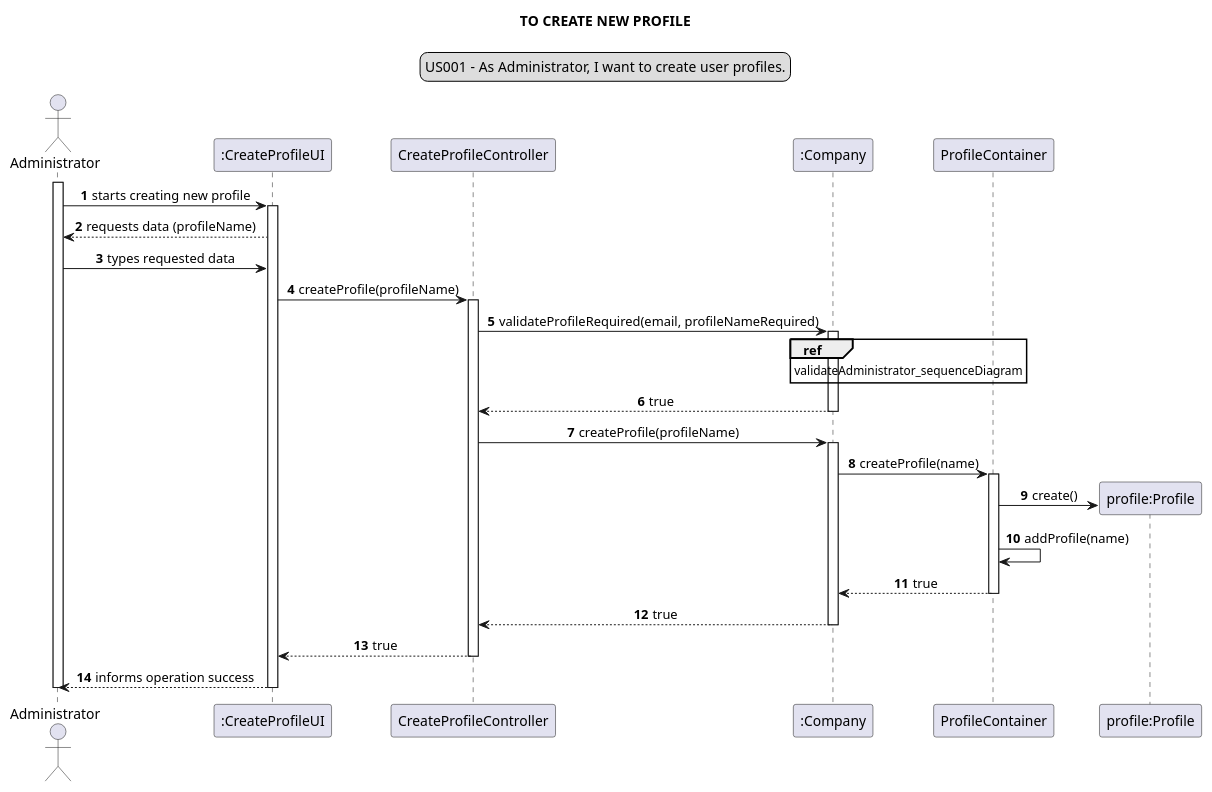
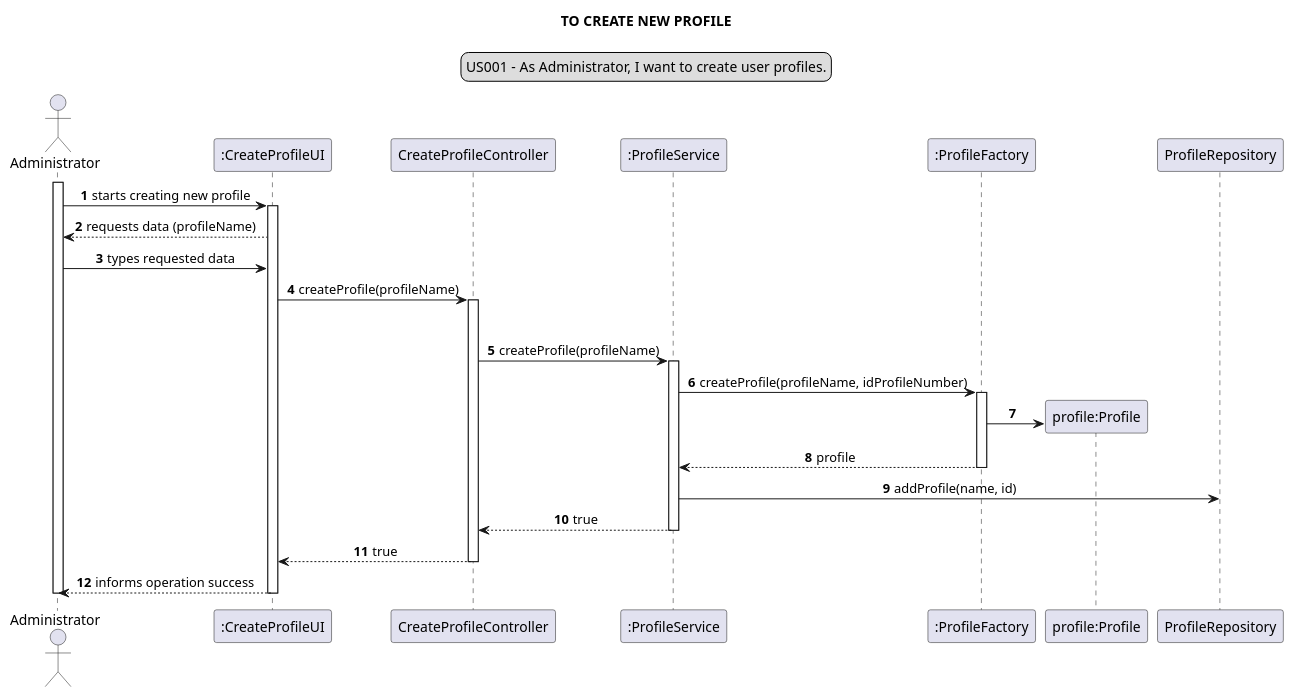
Before and after one commit to Loracline/project_switch_22-23: the diagram in docs/modelling_design/user_stories/sprint01/us001/US001_sequenceDiagram.puml, drawn with PlantUML.

Commit message:
US001: Design: Update the sequence diagrams from the user story US001, addresses #376

```diff
--- a/docs/modelling_design/user_stories/sprint01/us001/US001_sequenceDiagram.puml
+++ b/docs/modelling_design/user_stories/sprint01/us001/US001_sequenceDiagram.puml
@@ -1,48 +1,49 @@
 @startuml
-
 skinparam sequenceMessageAlign center
 title TO CREATE NEW PROFILE
 legend top
 US001 - As Administrator, I want to create user profiles.
 end legend
 autonumber
 
 
 actor Administrator as a
 participant ":CreateProfileUI" as ui
 participant "CreateProfileController" as ct
-participant ":Company" as c
-participant "ProfileContainer" as cn
-participant "profile:Profile" as p
+participant ":ProfileService" as s
+participant ":ProfileFactory" as fp
+participant "profile:Profile" as profile
+participant "ProfileRepository" as pr
+
 
 
 activate a
 a -> ui: starts creating new profile
 activate ui
 ui --> a: requests data (profileName)
 a -> ui: types requested data
 ui -> ct: createProfile(profileName)
 activate ct
-ct -> c: validateProfileRequired(email, profileNameRequired)
-activate c
-ref over c: validateAdministrator_sequenceDiagram
-c --> ct: true
-deactivate c
-ct -> c: createProfile(profileName)
-activate c
-c -> cn: createProfile(name)
-activate cn
-create p
-cn -> p: create()
-cn -> cn: addProfile(name)
-cn --> c: true
-deactivate cn
-c --> ct: true
-deactivate c
+
+deactivate s
+ct -> s: createProfile(profileName)
+activate s
+s -> fp: createProfile(profileName, idProfileNumber)
+activate fp
+create profile
+fp -> profile
+
+fp --> s: profile
+deactivate fp
+s -> pr: addProfile(name, id)
+
+
+s --> ct: true
+deactivate s
 ct --> ui: true
 deactivate ct
 ui --> a: informs operation success
 deactivate ui
 
 deactivate a
 @enduml
```
